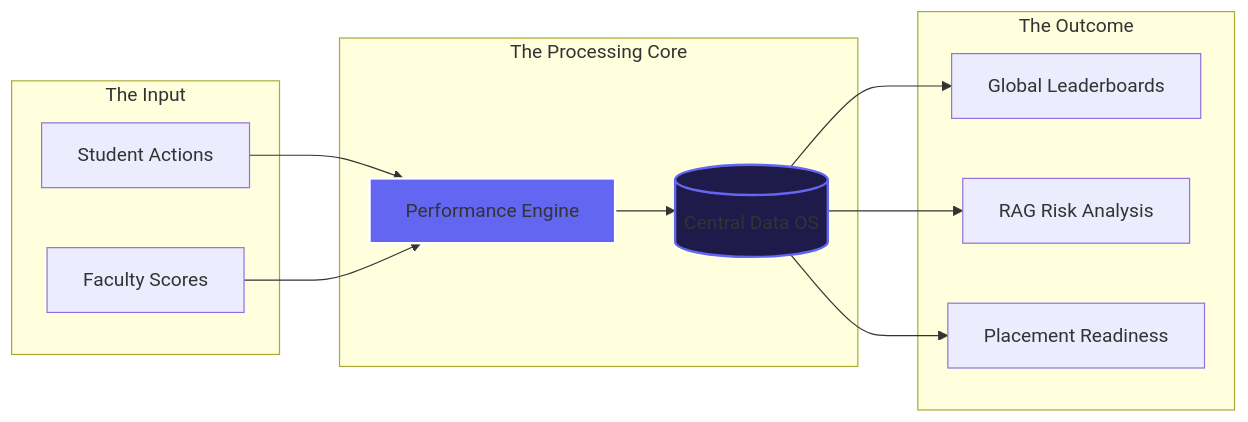
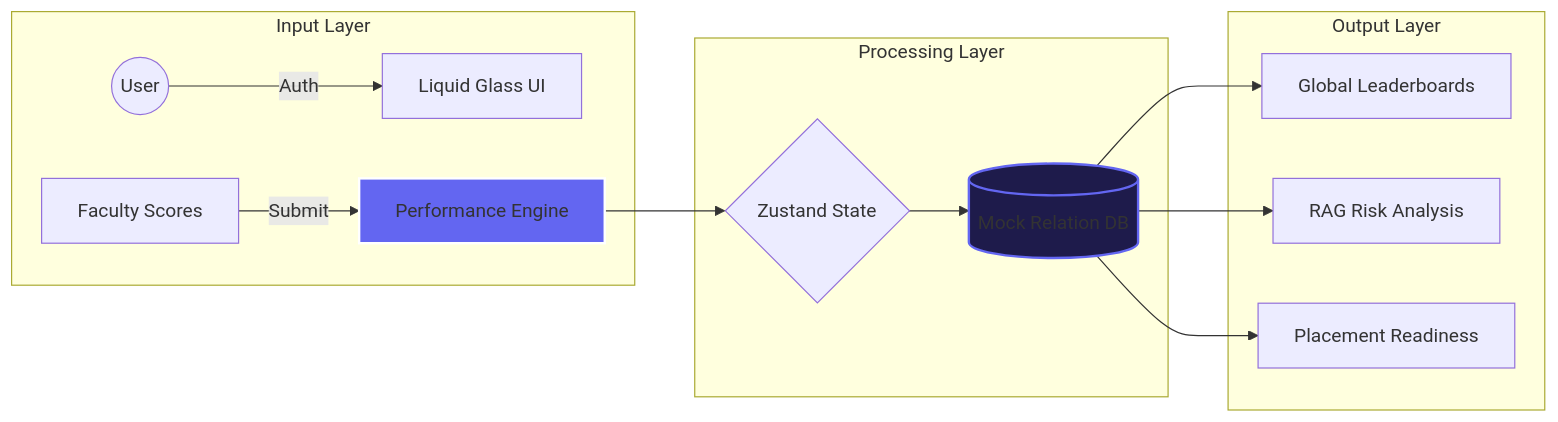
One commit to raunitx-02/IOI-Career-Excellence-OS changed the diagram in README.md. Above: the diagram before and after it, drawn with Mermaid. The commit also changed other lines of this file, not shown here.

````diff
--- a/README.md
+++ b/README.md
@@ -27,28 +28,21 @@
 ```mermaid
 graph LR
-    subgraph "The Input"
-        A[Student Actions]
-        B[Faculty Scores]
+    subgraph "Input Layer"
+        User((User)) -->|Auth| UI[Liquid Glass UI]
+        Score[Faculty Scores] -->|Submit| Logic[Performance Engine]
     end
 
-    subgraph "The Processing Core"
-        Logic[Performance Engine]
-        Data[(Central Data OS)]
+    subgraph "Processing Layer"
+        Logic --> Store{Zustand State}
+        Store --> Data[(Mock Relation DB)]
     end
 
-    subgraph "The Outcome"
-        C[Global Leaderboards]
-        D[RAG Risk Analysis]
-        E[Placement Readiness]
+    subgraph "Output Layer"
+        Data --> LB[Global Leaderboards]
+        Data --> RAG[RAG Risk Analysis]
+        Data --> PL[Placement Readiness]
     end
-
-    A --> Logic
-    B --> Logic
-    Logic --> Data
-    Data --> C
-    Data --> D
-    Data --> E
 
     style Data fill:#1e1b4b,stroke:#6366f1,stroke-width:2px
     style Logic fill:#6366f1,stroke:#fff,stroke-width:2px
 ```
````
